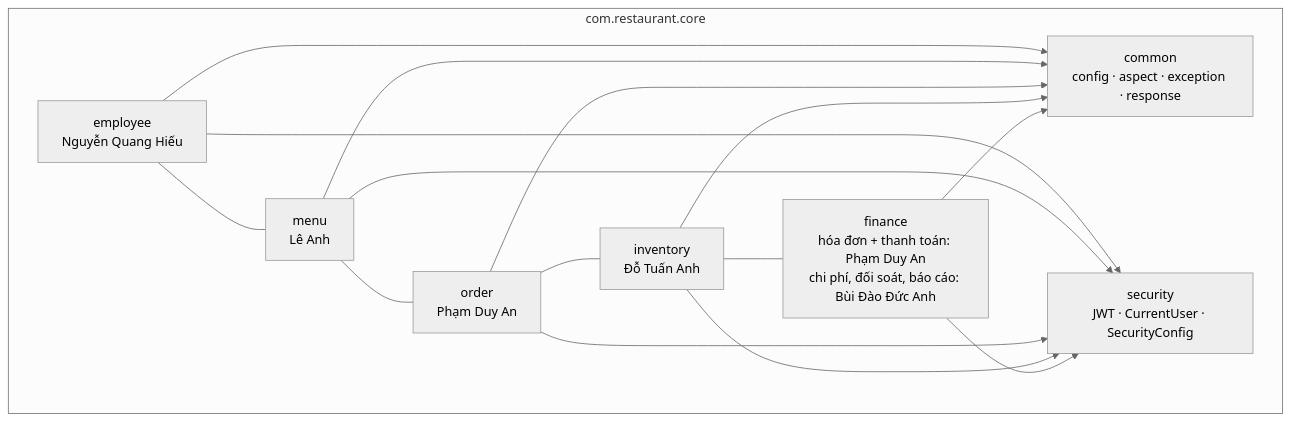
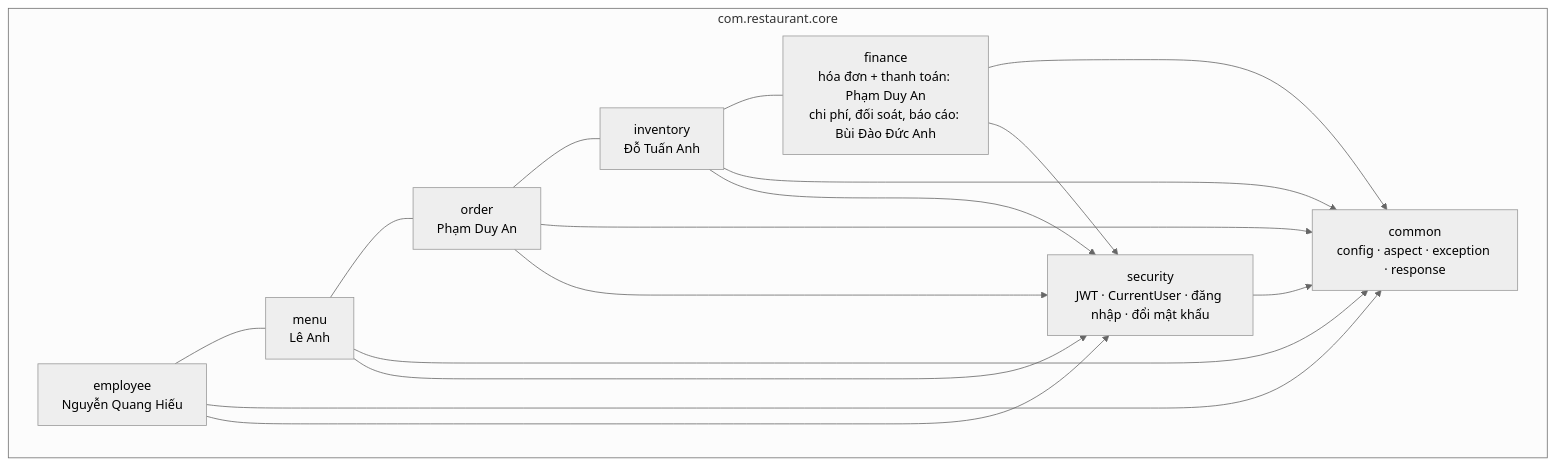
One commit to Anpham120/restaurant-management-system changed the second of 2 diagrams in docs/backend/ARCHITECTURE.md. Above: the diagram before and after it, drawn with Mermaid (neutral theme). The commit also changed other lines of this file and 269 other files, not shown here.

````diff
--- a/docs/backend/ARCHITECTURE.md
+++ b/docs/backend/ARCHITECTURE.md
@@ -32,10 +34,11 @@
 ```mermaid
 flowchart TB
     subgraph app["com.restaurant.core"]
         common["common<br/>config · aspect · exception · response"]
-        security["security<br/>JWT · CurrentUser · SecurityConfig"]
+        security["security<br/>JWT · CurrentUser · đăng nhập · đổi mật khẩu"]
         employee["employee<br/>Nguyễn Quang Hiếu"] --- menu["menu<br/>Lê Anh"] --- order["order<br/>Phạm Duy An"] --- inventory["inventory<br/>Đỗ Tuấn Anh"] --- finance["finance<br/>hóa đơn + thanh toán: Phạm Duy An<br/>chi phí, đối soát, báo cáo: Bùi Đào Đức Anh"]
     end
     employee & menu & order & inventory & finance --> common
     employee & menu & order & inventory & finance --> security
+    security --> common
 ```
````
